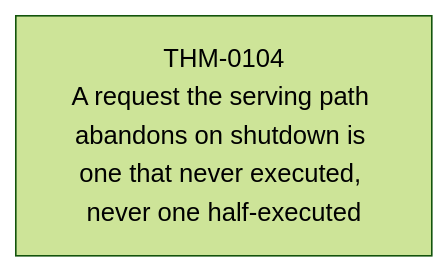
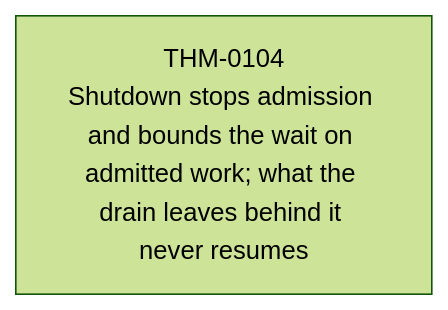
One commit to matssun/mcp-re changed the ninth of 9 diagrams in verification/generated/theorem-dependencies.md. Above: the diagram before and after it, drawn with Mermaid (forest theme). The commit also changed 6 other files, not shown here.

````diff
--- a/verification/generated/theorem-dependencies.md
+++ b/verification/generated/theorem-dependencies.md
@@ -326,4 +326,4 @@
 ```mermaid
 graph BT
-    THM_0104["THM-0104<br/>A request the serving path abandons on shutdown is one that never executed, never one half-executed"]
+    THM_0104["THM-0104<br/>Shutdown stops admission and bounds the wait on admitted work; what the drain leaves behind it never resumes"]
 ```
````
